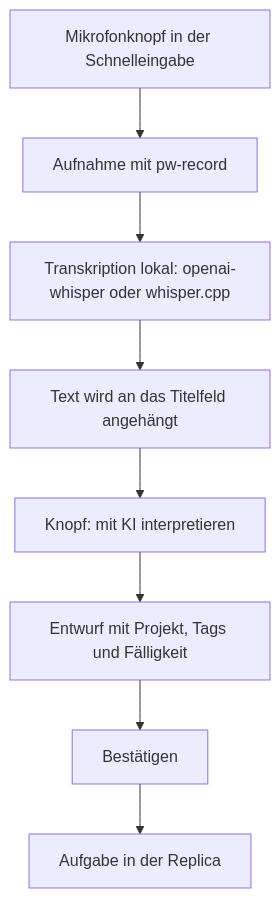
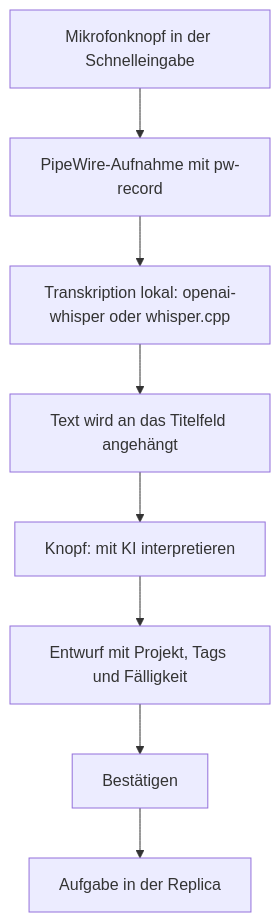
Before and after one commit to hnsstrk/hnsstrk.de: the diagram in content/blog/vergissmeinnicht-update/index.md, drawn with Mermaid. The commit also changed other lines of this file and 10 other files, not shown here.

````diff
--- a/content/blog/vergissmeinnicht-update/index.md
+++ b/content/blog/vergissmeinnicht-update/index.md
@@ -28,11 +28,11 @@
 ```mermaid
 flowchart TD
     MIC[Mikrofonknopf in der Schnelleingabe]
-    MIC --> REC[Aufnahme mit pw-record]
+    MIC --> REC[PipeWire-Aufnahme mit pw-record]
     REC --> STT[Transkription lokal: openai-whisper oder whisper.cpp]
     STT --> TITLE[Text wird an das Titelfeld angehängt]
     TITLE --> BTN[Knopf: mit KI interpretieren]
     BTN --> DRAFT[Entwurf mit Projekt, Tags und Fälligkeit]
     DRAFT --> OK[Bestätigen]
     OK --> TASK[Aufgabe in der Replica]
 ```
````
